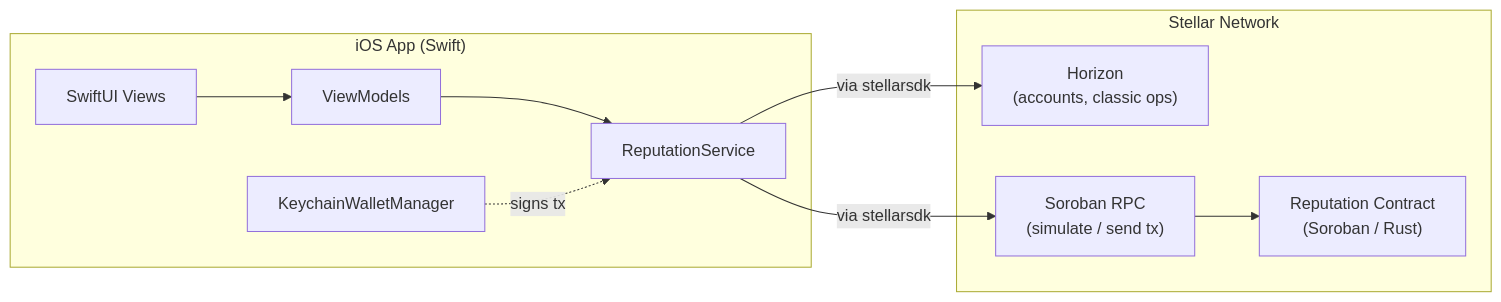
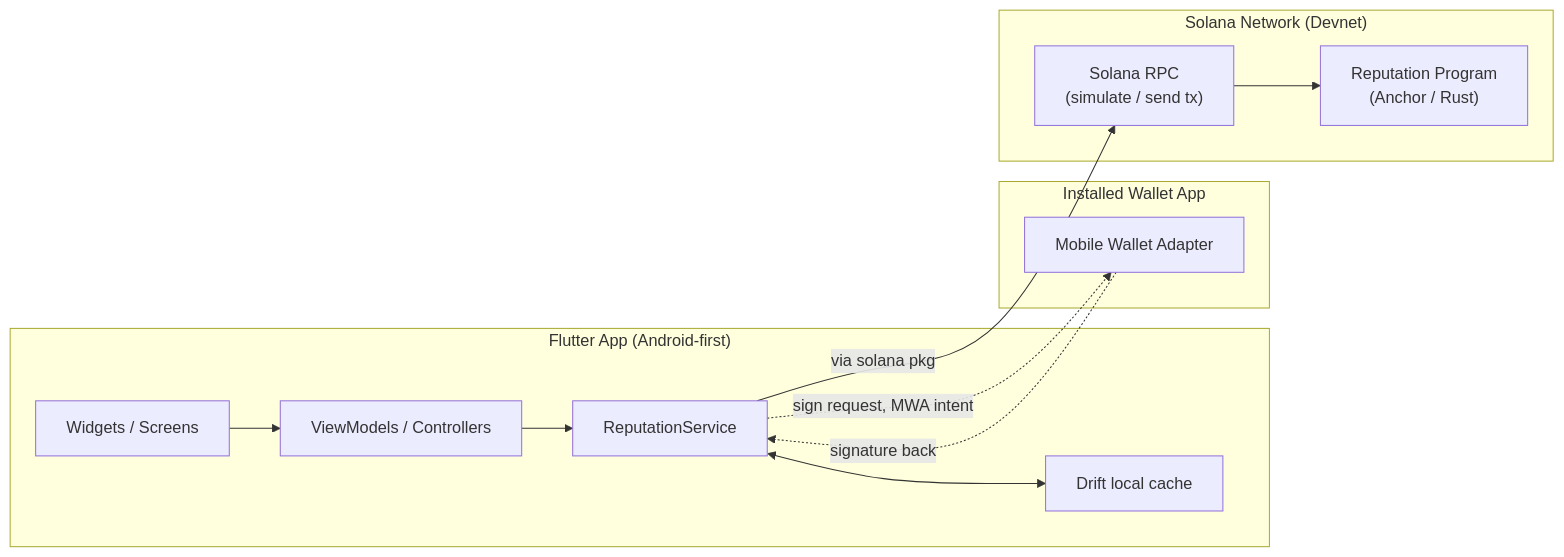
The diagram in docs/ARCHITECTURE.md (adewuyito/ClockIn), drawn with Mermaid before and after one commit. The commit also changed other lines of this file and 11 other files, not shown here.

First line of the commit message:
Retarget ClockIn for the CLOCK IN Solana Mobile hackathon

````diff
--- a/docs/ARCHITECTURE.md
+++ b/docs/ARCHITECTURE.md
@@ -7,19 +7,21 @@
 ```mermaid
 flowchart LR
-    subgraph app["iOS App (Swift)"]
-        UI["SwiftUI Views"]
-        VM["ViewModels"]
+    subgraph app["Flutter App (Android-first)"]
+        UI["Widgets / Screens"]
+        VM["ViewModels / Controllers"]
         RS["ReputationService"]
-        WM["KeychainWalletManager"]
+        DB["Drift local cache"]
     end
-    subgraph net["Stellar Network"]
-        H["Horizon\n(accounts, classic ops)"]
-        RPC["Soroban RPC\n(simulate / send tx)"]
-        SC["Reputation Contract\n(Soroban / Rust)"]
+    subgraph wallet["Installed Wallet App"]
+        MWA["Mobile Wallet Adapter"]
+    end
+    subgraph net["Solana Network (Devnet)"]
+        RPC["Solana RPC\n(simulate / send tx)"]
+        PROG["Reputation Program\n(Anchor / Rust)"]
     end
     UI --> VM --> RS
-    RS -->|via stellarsdk| H
-    RS -->|via stellarsdk| RPC
-    RPC --> SC
-    WM -.->|signs tx| RS
+    RS <--> DB
+    RS -->|via solana pkg| RPC --> PROG
+    RS -.->|sign request, MWA intent| MWA
+    MWA -.->|signature back| RS
 ```
````
